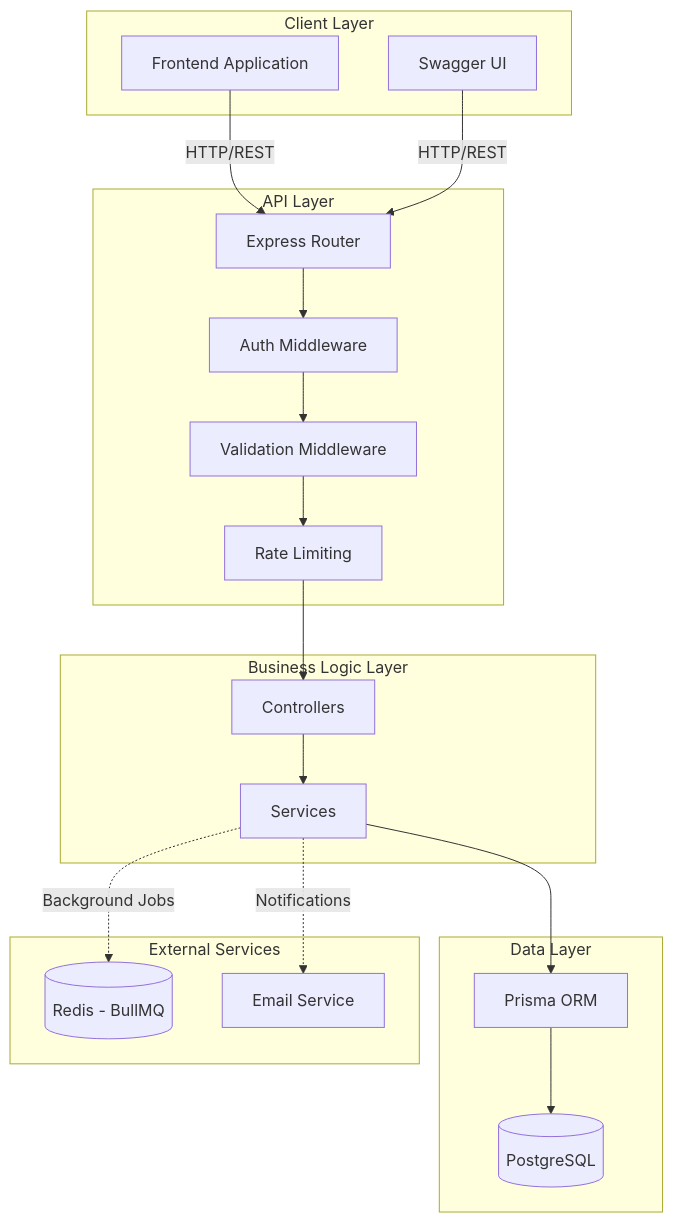
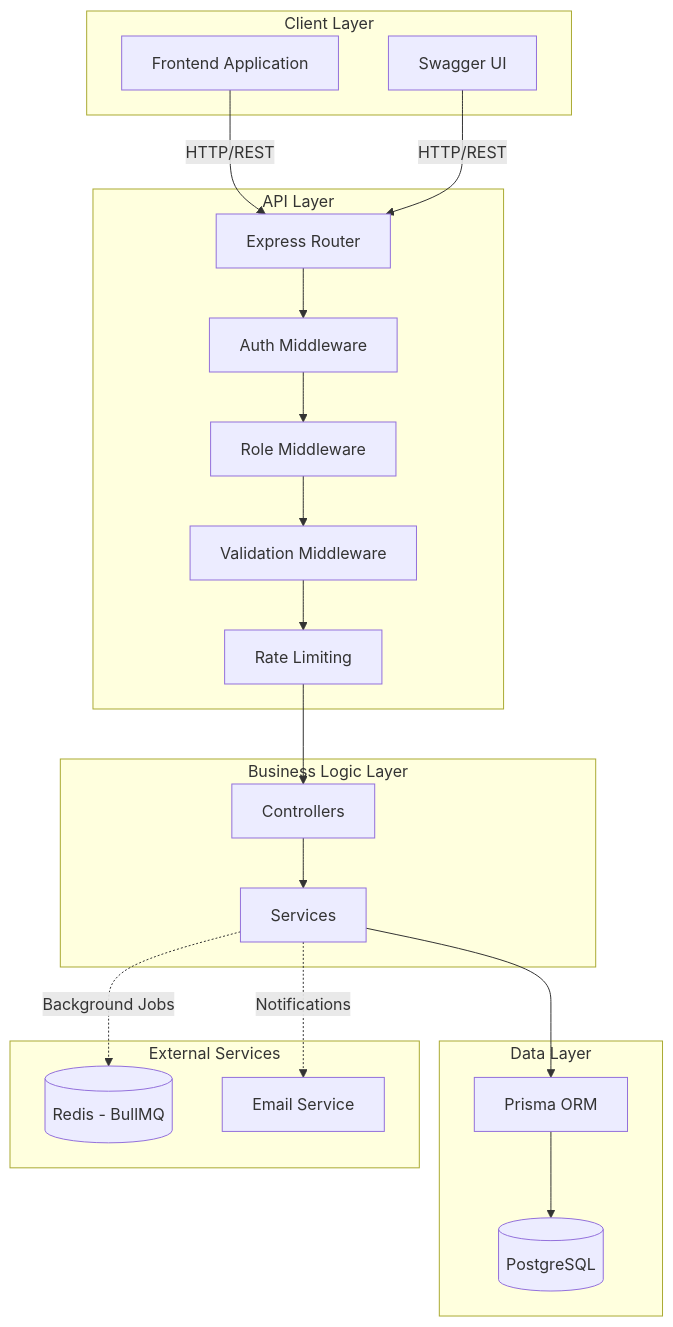
Before and after one commit to DrozsdikAdam/dual-kepzes-backend: the second of 9 diagrams in README.md, drawn with Mermaid. The commit also changed other lines of this file and 1 other file, not shown here.

````diff
--- a/README.md
+++ b/README.md
@@ -315,41 +315,43 @@
 ```mermaid
 graph TB
     subgraph "Client Layer"
         FE[Frontend Application]
         Swagger[Swagger UI]
     end
     
     subgraph "API Layer"
         Router[Express Router]
         Auth[Auth Middleware]
+        RoleCheck[Role Middleware]
         Validation[Validation Middleware]
         RateLimit[Rate Limiting]
     end
     
     subgraph "Business Logic Layer"
         Controllers[Controllers]
         Services[Services]
     end
     
     subgraph "Data Layer"
         Prisma[Prisma ORM]
         DB[(PostgreSQL)]
     end
     
     subgraph "External Services"
         Redis[(Redis - BullMQ)]
         SMTP[Email Service]
     end
     
     FE -->|HTTP/REST| Router
     Swagger -->|HTTP/REST| Router
     Router --> Auth
-    Auth --> Validation
+    Auth --> RoleCheck
+    RoleCheck --> Validation
     Validation --> RateLimit
     RateLimit --> Controllers
     Controllers --> Services
     Services --> Prisma
     Prisma --> DB
     Services -.->|Background Jobs| Redis
     Services -.->|Notifications| SMTP
 ```
````
